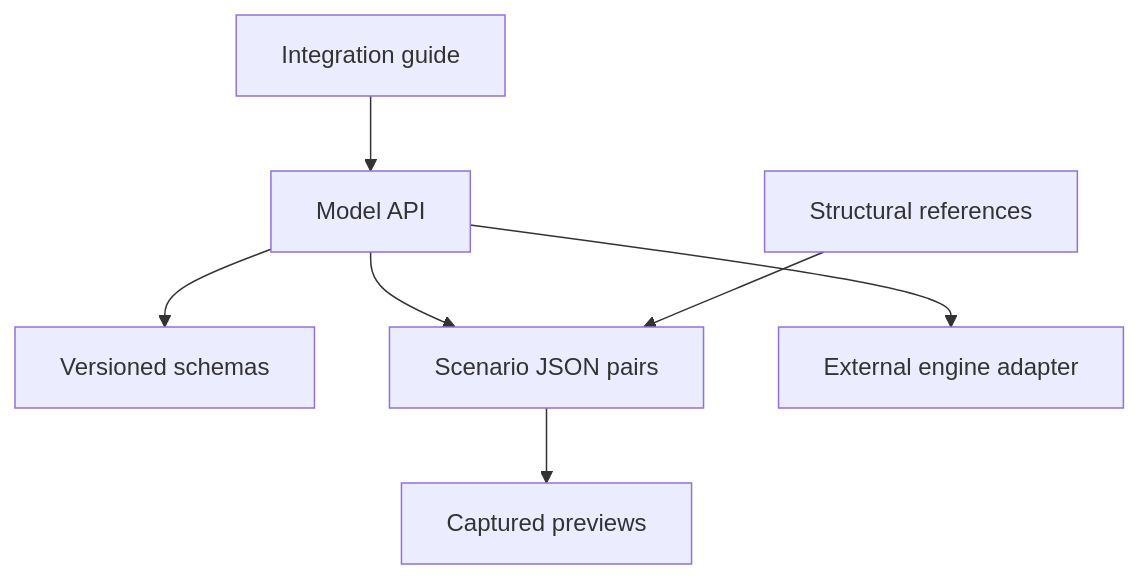
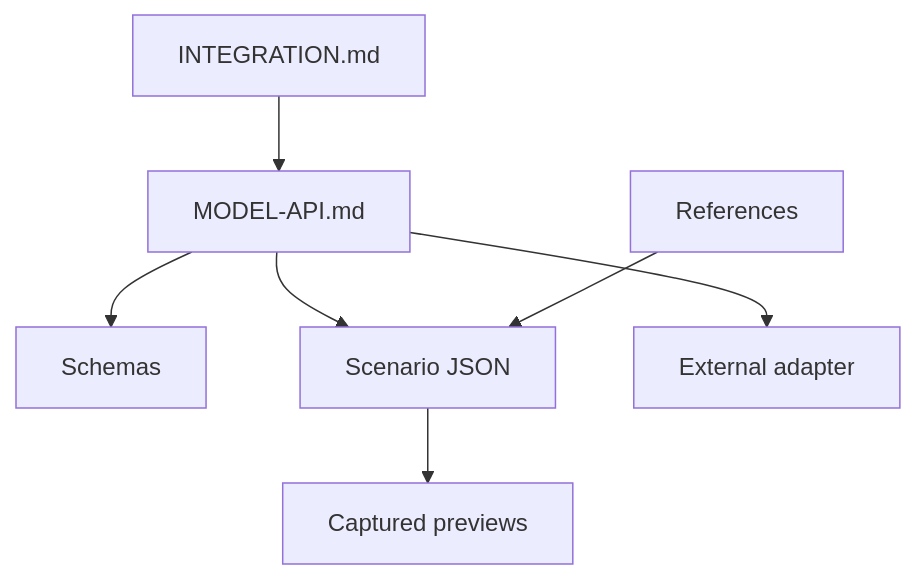
The diagram in software/cadagent/webkit/scada/sim/docs/README.md (Valpatel/cad-agent), drawn with Mermaid before and after one commit. The commit also changed 27 other files, not shown here.

````diff
--- a/software/cadagent/webkit/scada/sim/docs/README.md
+++ b/software/cadagent/webkit/scada/sim/docs/README.md
@@ -21,9 +21,9 @@
 ```mermaid
-flowchart TB
-  Integrate[Integration guide] --> API[Model API]
-  API --> Schemas[Versioned schemas]
-  API --> Examples[Scenario JSON pairs]
-  References[Structural references] --> Examples
-  Examples --> Gallery[Captured previews]
-  API --> Replace[External engine adapter]
+flowchart TD
+  Integrate["INTEGRATION.md"] --> API["MODEL-API.md"]
+  API --> Schemas["Schemas"]
+  API --> Examples["Scenario JSON"]
+  API --> Replace["External adapter"]
+  References["References"] --> Examples
+  Examples --> Gallery["Captured previews"]
 ```
````
